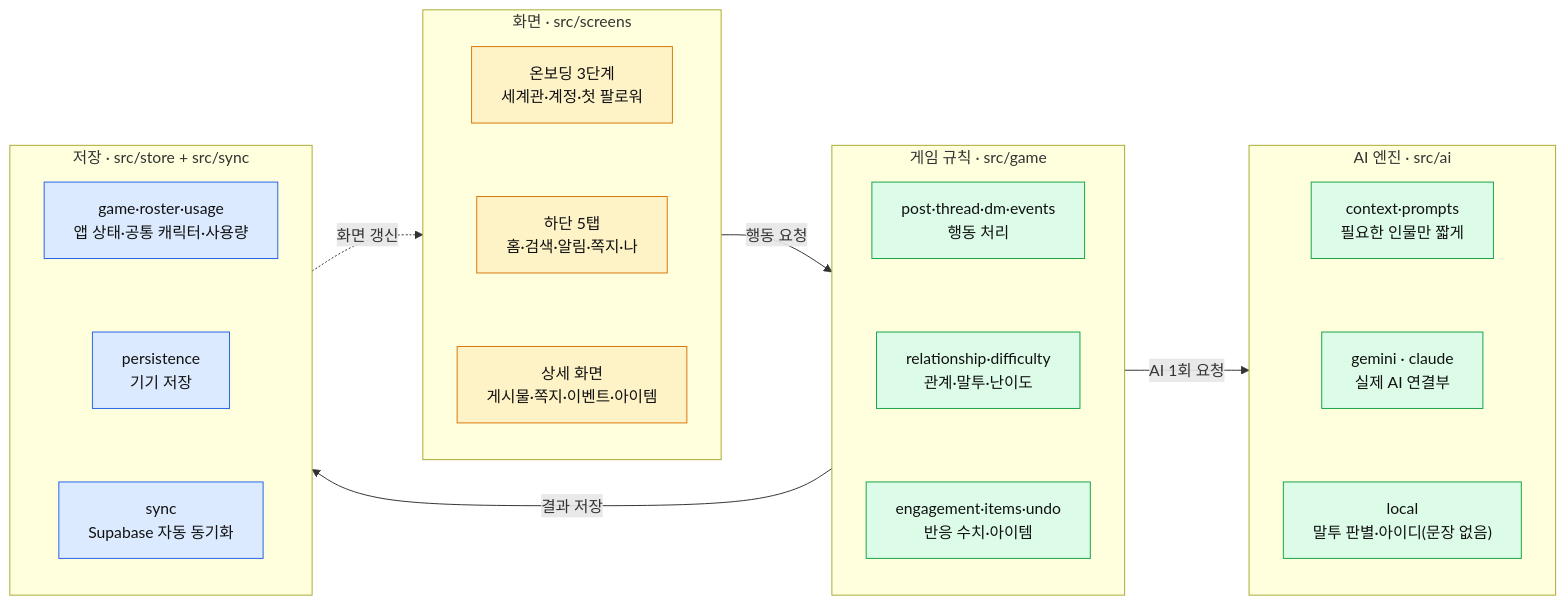
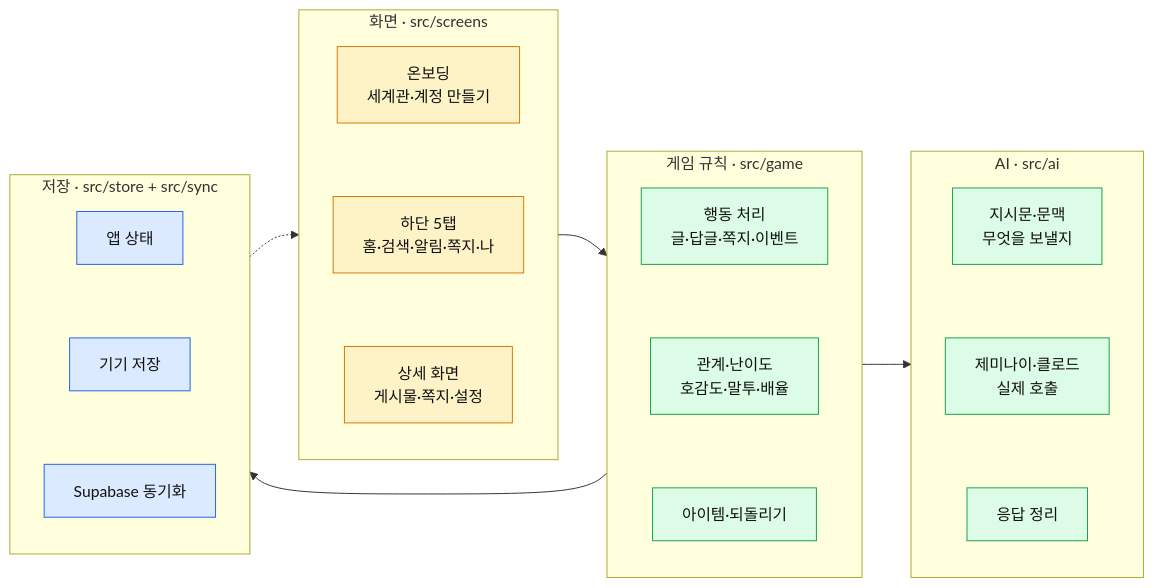
Before and after one commit to hanoid707/hanoid: the diagram in README.md, drawn with Mermaid. The commit also changed other lines of this file and 7 other files, not shown here.

````diff
--- a/README.md
+++ b/README.md
@@ -76,41 +52,40 @@
 ```mermaid
 flowchart LR
   subgraph S["화면 · src/screens"]
     direction TB
-    S1["온보딩 3단계<br/>세계관·계정·첫 팔로워"]
+    S1["온보딩<br/>세계관·계정 만들기"]
     S2["하단 5탭<br/>홈·검색·알림·쪽지·나"]
-    S3["상세 화면<br/>게시물·쪽지·이벤트·아이템"]
+    S3["상세 화면<br/>게시물·쪽지·설정"]
   end
   subgraph G["게임 규칙 · src/game"]
     direction TB
-    G1["post·thread·dm·events<br/>행동 처리"]
-    G2["relationship·difficulty<br/>관계·말투·난이도"]
-    G3["engagement·items·undo<br/>반응 수치·아이템"]
+    G1["행동 처리<br/>글·답글·쪽지·이벤트"]
+    G2["관계·난이도<br/>호감도·말투·배율"]
+    G3["아이템·되돌리기"]
   end
-  subgraph A["AI 엔진 · src/ai"]
+  subgraph A["AI · src/ai"]
     direction TB
-    A1["context·prompts<br/>필요한 인물만 짧게"]
-    A2["gemini · claude<br/>실제 AI 연결부"]
-    A3["local<br/>말투 판별·아이디(문장 없음)"]
+    A1["지시문·문맥<br/>무엇을 보낼지"]
+    A2["제미나이·클로드<br/>실제 호출"]
+    A3["응답 정리"]
   end
   subgraph D["저장 · src/store + src/sync"]
     direction TB
-    D1["game·roster·usage<br/>앱 상태·공통 캐릭터·사용량"]
-    D2["persistence<br/>기기 저장"]
-    D3["sync<br/>Supabase 자동 동기화"]
+    D1["앱 상태"]
+    D2["기기 저장"]
+    D3["Supabase 동기화"]
   end
   S1 ~~~ S2 ~~~ S3
   G1 ~~~ G2 ~~~ G3
   A1 ~~~ A2 ~~~ A3
   D1 ~~~ D2 ~~~ D3
-  S -- "행동 요청" --> G
-  G -- "AI 1회 요청" --> A
-  G -- "결과 저장" --> D
-  D -. "화면 갱신" .-> S
+  S --> G --> A
+  G --> D
+  D -.-> S
   classDef input fill:#FEF3C7,stroke:#D97706,color:#111
   classDef proc fill:#DCFCE7,stroke:#16A34A,color:#111
   classDef data fill:#DBEAFE,stroke:#2563EB,color:#111
   class S1,S2,S3 input
   class G1,G2,G3,A1,A2,A3 proc
   class D1,D2,D3 data
 ```
````
